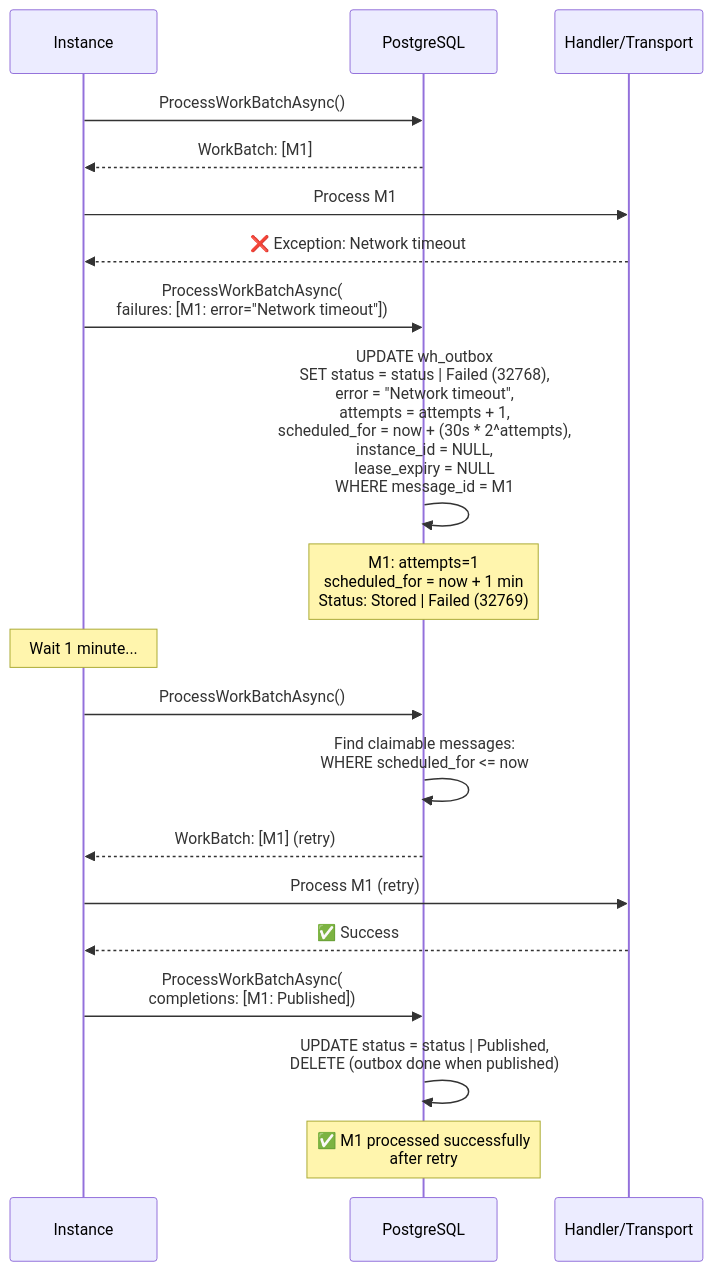
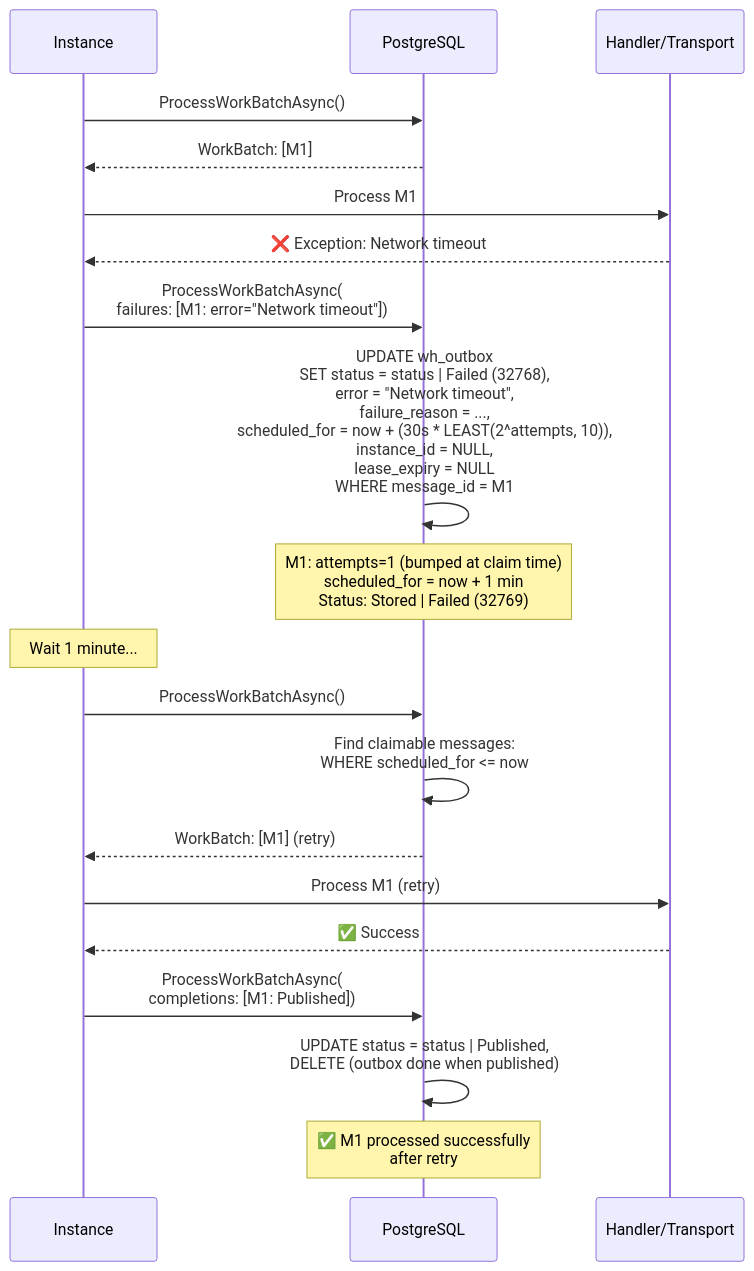
The first of 3 diagrams in src/assets/docs/v1.0.0/messaging/failure-handling.md (whizbang-lib/whizbang-lib.github.io), drawn with Mermaid before and after one commit. The commit also changed other lines of this file and 38 other files, not shown here.

````diff
--- a/src/assets/docs/v1.0.0/messaging/failure-handling.md
+++ b/src/assets/docs/v1.0.0/messaging/failure-handling.md
@@ -86,29 +113,29 @@
 ```mermaid
 sequenceDiagram
     participant I as Instance
     participant DB as PostgreSQL
     participant H as Handler/Transport
 
     I->>DB: ProcessWorkBatchAsync()
     DB-->>I: WorkBatch: [M1]
 
     I->>H: Process M1
     H-->>I: ❌ Exception: Network timeout
 
     I->>DB: ProcessWorkBatchAsync(<br/>failures: [M1: error="Network timeout"])
-    DB->>DB: UPDATE wh_outbox<br/>SET status = status | Failed (32768),<br/>error = "Network timeout",<br/>attempts = attempts + 1,<br/>scheduled_for = now + (30s * 2^attempts),<br/>instance_id = NULL,<br/>lease_expiry = NULL<br/>WHERE message_id = M1
-    Note over DB: M1: attempts=1<br/>scheduled_for = now + 1 min<br/>Status: Stored | Failed (32769)
+    DB->>DB: UPDATE wh_outbox<br/>SET status = status | Failed (32768),<br/>error = "Network timeout",<br/>failure_reason = ...,<br/>scheduled_for = now + (30s * LEAST(2^attempts, 10)),<br/>instance_id = NULL,<br/>lease_expiry = NULL<br/>WHERE message_id = M1
+    Note over DB: M1: attempts=1 (bumped at claim time)<br/>scheduled_for = now + 1 min<br/>Status: Stored | Failed (32769)
 
     Note over I: Wait 1 minute...
 
     I->>DB: ProcessWorkBatchAsync()
     DB->>DB: Find claimable messages:<br/>WHERE scheduled_for <= now
     DB-->>I: WorkBatch: [M1] (retry)
 
     I->>H: Process M1 (retry)
     H-->>I: ✅ Success
 
     I->>DB: ProcessWorkBatchAsync(<br/>completions: [M1: Published])
     DB->>DB: UPDATE status = status | Published,<br/>DELETE (outbox done when published)
     Note over DB: ✅ M1 processed successfully<br/>after retry
 ```
````
